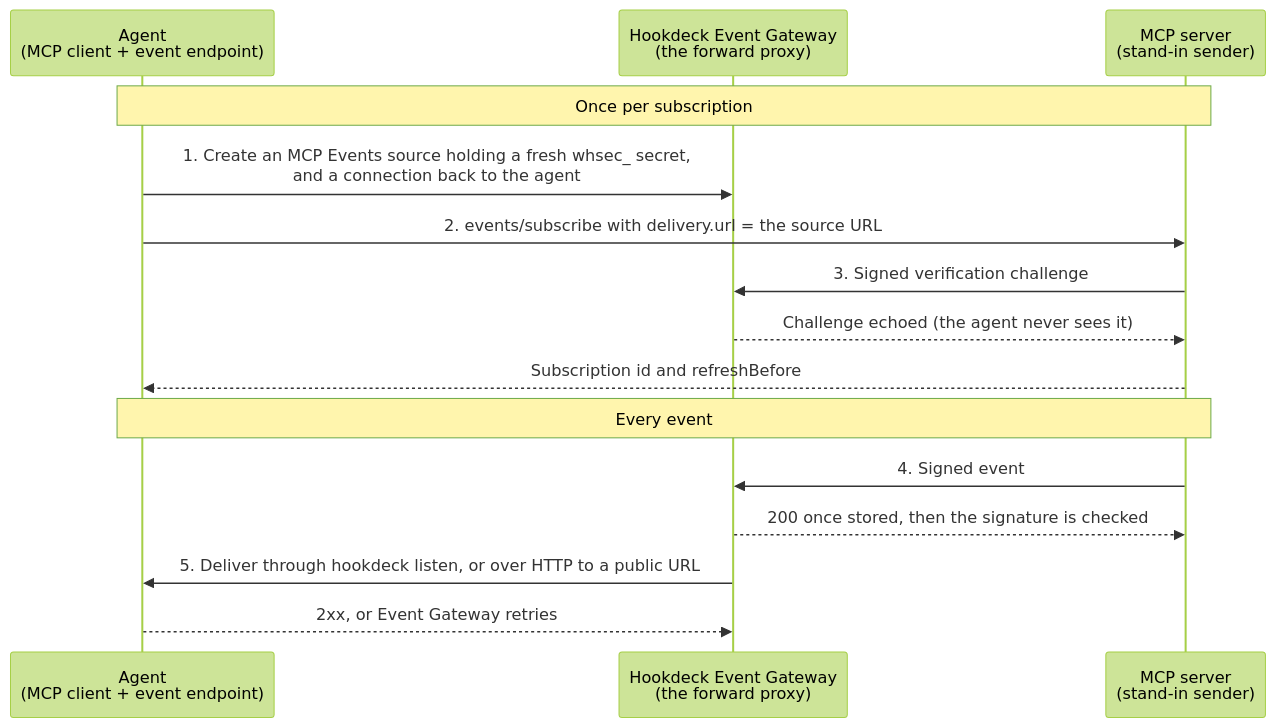
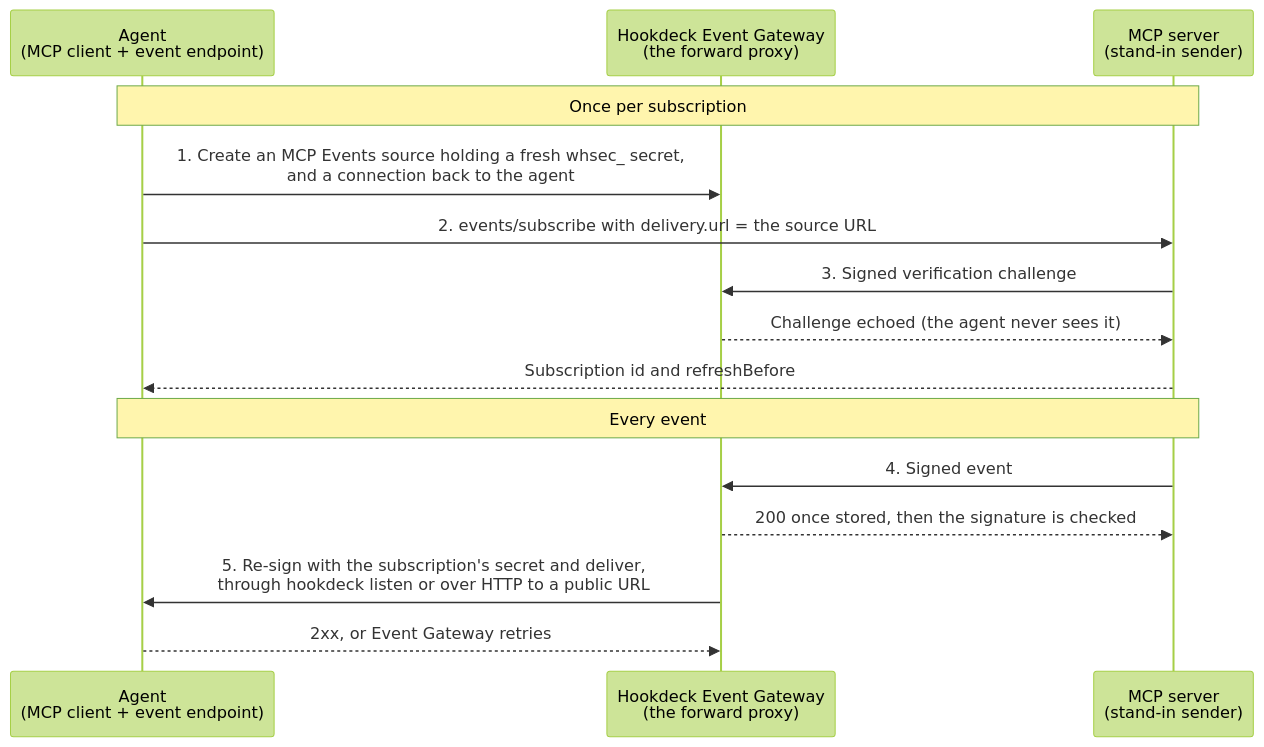
Before and after one commit to hookdeck/hookdeck-demos: the diagram in hookdeck/mcp-events-forward-proxy/README.md, drawn with Mermaid (forest theme). The commit also changed other lines of this file and 2 other files, not shown here.

````diff
--- a/hookdeck/mcp-events-forward-proxy/README.md
+++ b/hookdeck/mcp-events-forward-proxy/README.md
@@ -9,17 +9,17 @@
 ```mermaid
 sequenceDiagram
     participant A as Agent<br>(MCP client + event endpoint)
     participant P as Hookdeck Event Gateway<br>(the forward proxy)
     participant S as MCP server<br>(stand-in sender)
     Note over A,S: Once per subscription
     A->>P: 1. Create an MCP Events source holding a fresh whsec_ secret,<br>and a connection back to the agent
     A->>S: 2. events/subscribe with delivery.url = the source URL
     S->>P: 3. Signed verification challenge
     P-->>S: Challenge echoed (the agent never sees it)
     S-->>A: Subscription id and refreshBefore
     Note over A,S: Every event
     S->>P: 4. Signed event
     P-->>S: 200 once stored, then the signature is checked
-    P->>A: 5. Deliver through hookdeck listen, or over HTTP to a public URL
+    P->>A: 5. Re-sign with the subscription's secret and deliver,<br>through hookdeck listen or over HTTP to a public URL
     A-->>P: 2xx, or Event Gateway retries
 ```
````
